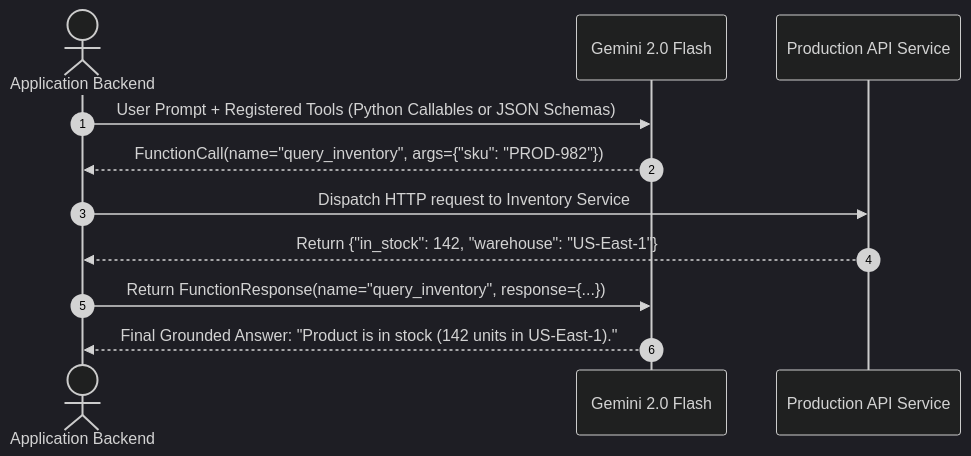
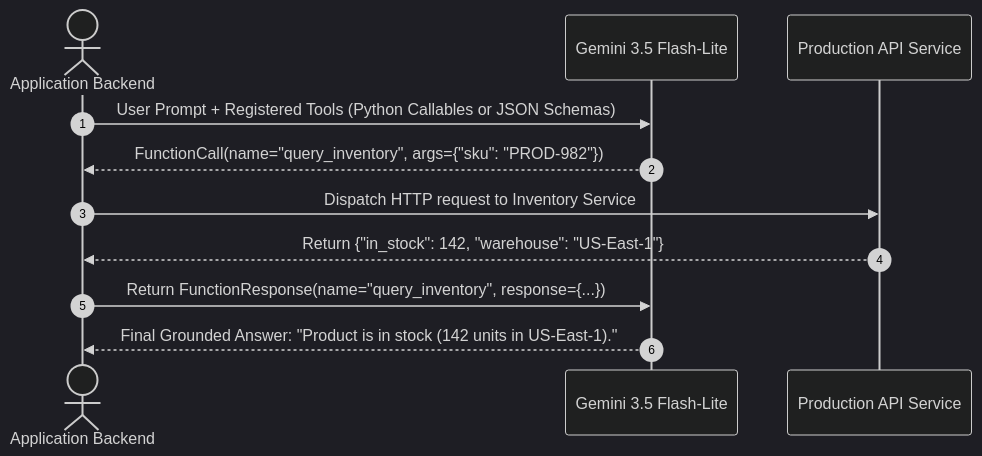
Before and after one commit to TheLearningHubOrg/learn-gemini: diagram 14 of 17 in README.md, drawn with Mermaid (dark theme). The commit also changed other lines of this file, not shown here.

Commit message:
Update README to Gemini 3.x models and current SDK guidance

````diff
--- a/README.md
+++ b/README.md
@@ -794,16 +799,16 @@
 ```mermaid
 sequenceDiagram
     autonumber
     actor App as Application Backend
-    participant Gemini as Gemini 2.0 Flash
+    participant Gemini as Gemini 3.5 Flash-Lite
     participant Service as Production API Service
 
     App->>Gemini: User Prompt + Registered Tools (Python Callables or JSON Schemas)
     Gemini-->>App: FunctionCall(name="query_inventory", args={"sku": "PROD-982"})
     
     App->>Service: Dispatch HTTP request to Inventory Service
     Service-->>App: Return {"in_stock": 142, "warehouse": "US-East-1"}
     
     App->>Gemini: Return FunctionResponse(name="query_inventory", response={...})
     Gemini-->>App: Final Grounded Answer: "Product is in stock (142 units in US-East-1)."
 ```
````
